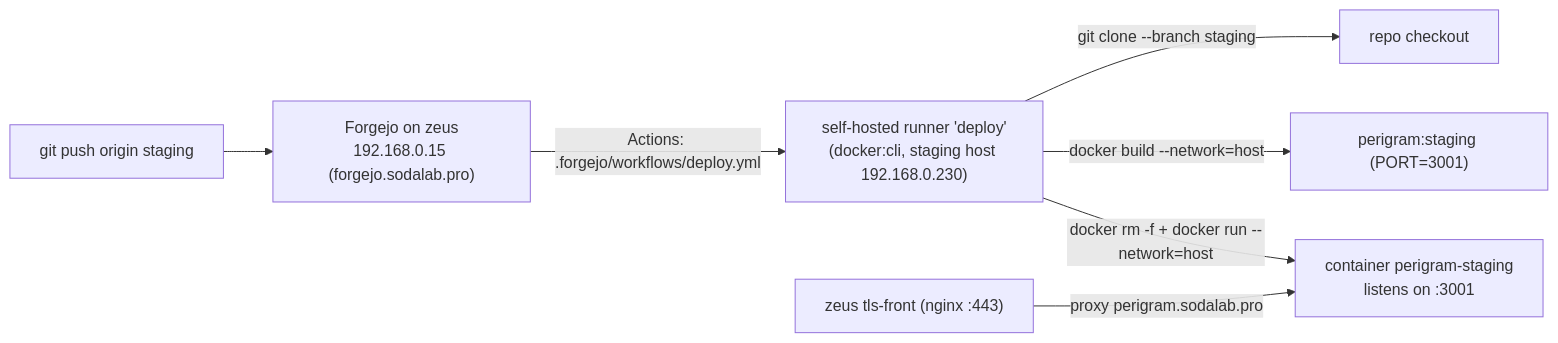
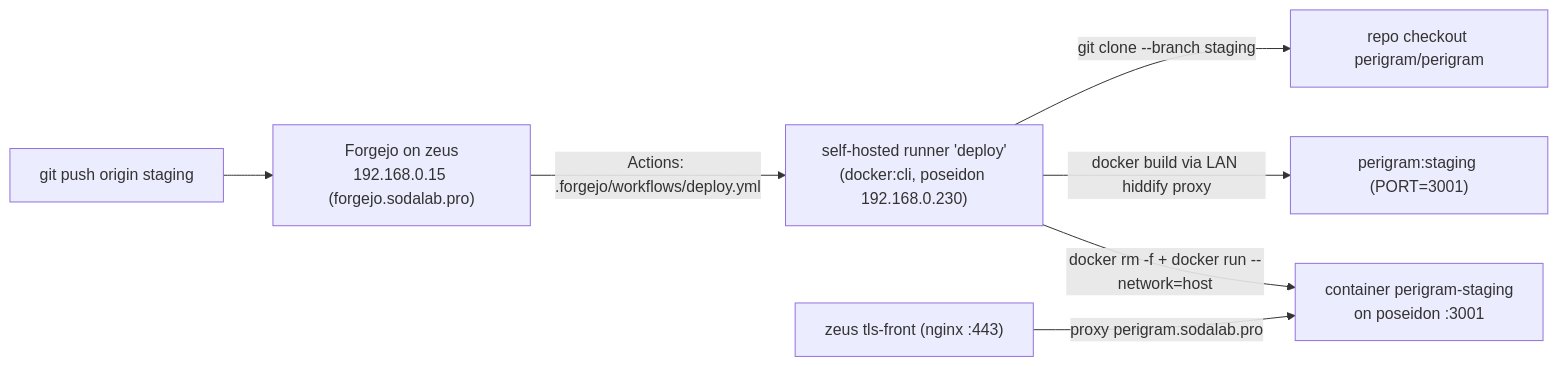
One commit to Perigram/perigram changed the diagram in deploy/README.md. Above: the diagram before and after it, drawn with Mermaid. The commit also changed other lines of this file and 1 other file, not shown here.

Commit message:
docs: CI-деплой = публичное приложение perigram.sodalab.pro (раннер poseidon, hiddify-прокси сборки, hera-датаплейн, nginx-флип и откат)

````diff
--- a/deploy/README.md
+++ b/deploy/README.md
@@ -9,9 +9,9 @@
 ```mermaid
 flowchart LR
   Dev["git push origin staging"] --> F["Forgejo on zeus<br/>192.168.0.15 (forgejo.sodalab.pro)"]
-  F -->|Actions: .forgejo/workflows/deploy.yml| R["self-hosted runner 'deploy'<br/>(docker:cli, staging host 192.168.0.230)"]
-  R -->|git clone --branch staging| SRC["repo checkout"]
-  R -->|docker build --network=host| IMG["perigram:staging (PORT=3001)"]
-  R -->|docker rm -f + docker run --network=host| C["container perigram-staging<br/>listens on :3001"]
+  F -->|Actions: .forgejo/workflows/deploy.yml| R["self-hosted runner 'deploy'<br/>(docker:cli, poseidon 192.168.0.230)"]
+  R -->|git clone --branch staging| SRC["repo checkout perigram/perigram"]
+  R -->|docker build via LAN hiddify proxy| IMG["perigram:staging (PORT=3001)"]
+  R -->|docker rm -f + docker run --network=host| C["container perigram-staging<br/>on poseidon :3001"]
   Z["zeus tls-front (nginx :443)"] -->|proxy perigram.sodalab.pro| C
 ```
````
